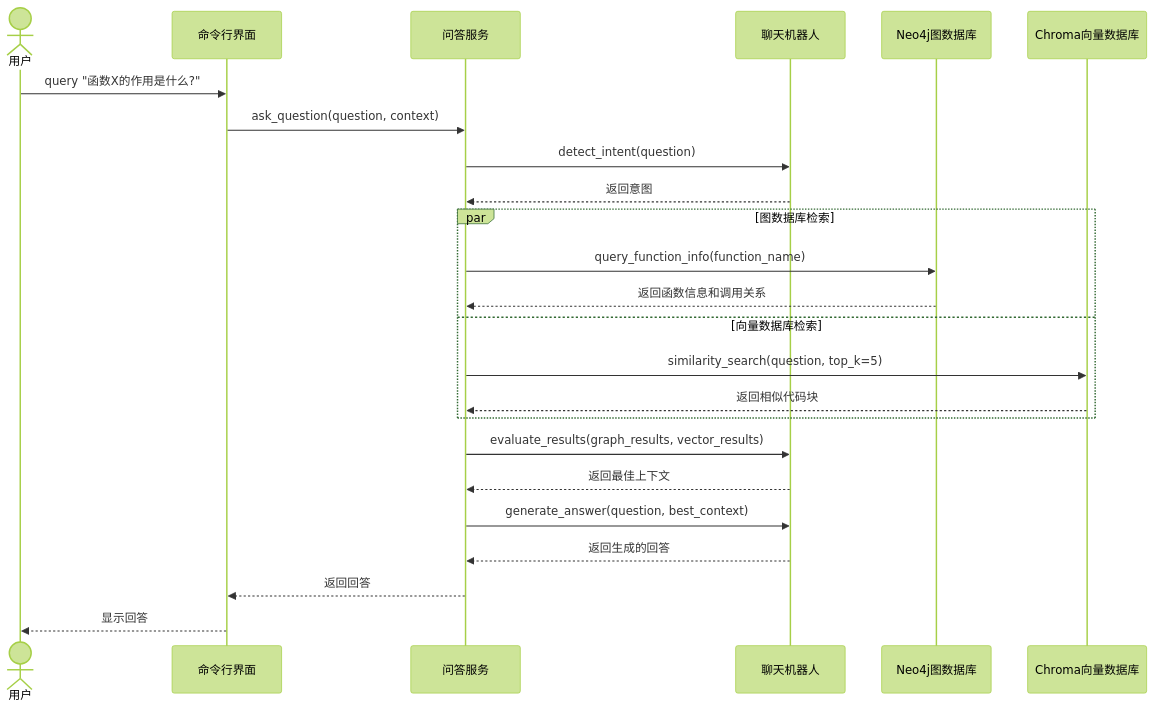
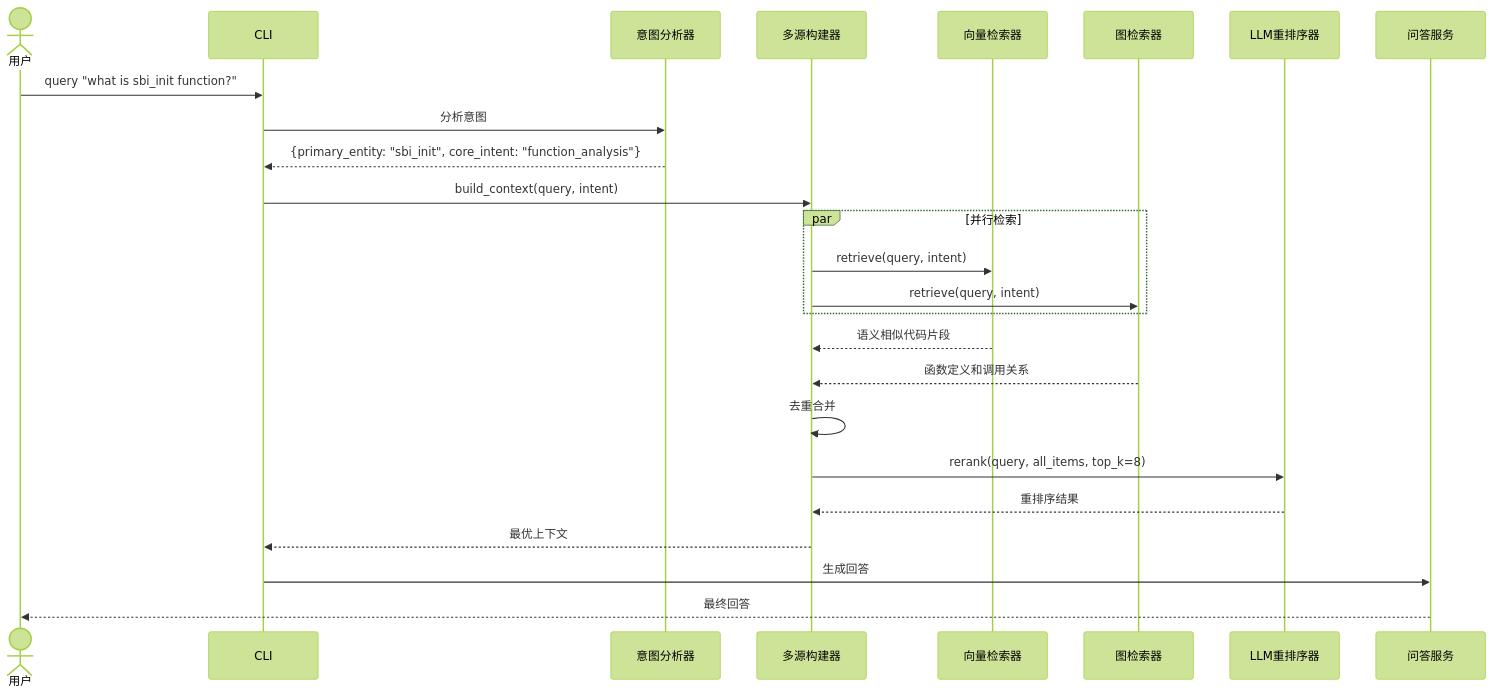
The fourth of 4 diagrams in 001-dev-docs/01_architecture.md (flyingcloud-code/repo-inspector), drawn with Mermaid (forest theme) before and after one commit. The commit also changed other lines of this file and 56 other files, not shown here.

Commit message:
feat:enable call graph, work as python script cli

````diff
--- a/001-dev-docs/01_architecture.md
+++ b/001-dev-docs/01_architecture.md
@@ -845,32 +544,33 @@
 ```mermaid
 sequenceDiagram
     actor User as 用户
-    participant CLI as 命令行界面
+    participant CLI as CLI
+    participant Intent as 意图分析器
+    participant Builder as 多源构建器
+    participant Vector as 向量检索器
+    participant Graph as 图检索器
+    participant Rerank as LLM重排序器
     participant QA as 问答服务
-    participant LLM as 聊天机器人
-    participant GraphDB as Neo4j图数据库
-    participant VectorDB as Chroma向量数据库
     
-    User->>CLI: query "函数X的作用是什么?"
-    CLI->>QA: ask_question(question, context)
+    User->>CLI: query "what is sbi_init function?"
+    CLI->>Intent: 分析意图
+    Intent-->>CLI: {primary_entity: "sbi_init", core_intent: "function_analysis"}
     
-    QA->>LLM: detect_intent(question)
-    LLM-->>QA: 返回意图
+    CLI->>Builder: build_context(query, intent)
     
-    par 图数据库检索
-        QA->>GraphDB: query_function_info(function_name)
-        GraphDB-->>QA: 返回函数信息和调用关系
-    and 向量数据库检索
-        QA->>VectorDB: similarity_search(question, top_k=5)
-        VectorDB-->>QA: 返回相似代码块
+    par 并行检索
+        Builder->>Vector: retrieve(query, intent)
+        Builder->>Graph: retrieve(query, intent)
     end
     
-    QA->>LLM: evaluate_results(graph_results, vector_results)
-    LLM-->>QA: 返回最佳上下文
+    Vector-->>Builder: 语义相似代码片段
+    Graph-->>Builder: 函数定义和调用关系
     
-    QA->>LLM: generate_answer(question, best_context)
-    LLM-->>QA: 返回生成的回答
+    Builder->>Builder: 去重合并
+    Builder->>Rerank: rerank(query, all_items, top_k=8)
+    Rerank-->>Builder: 重排序结果
     
-    QA-->>CLI: 返回回答
-    CLI-->>User: 显示回答
+    Builder-->>CLI: 最优上下文
+    CLI->>QA: 生成回答
+    QA-->>User: 最终回答
 ```
````
